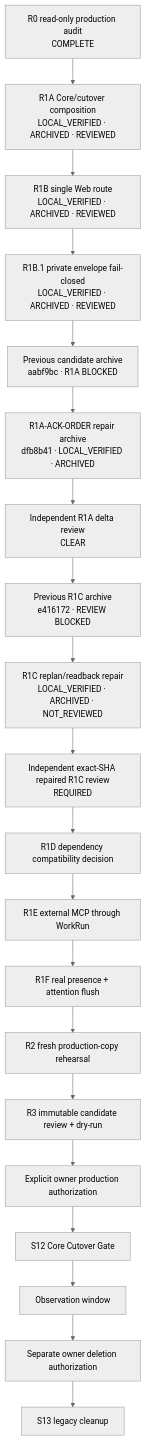
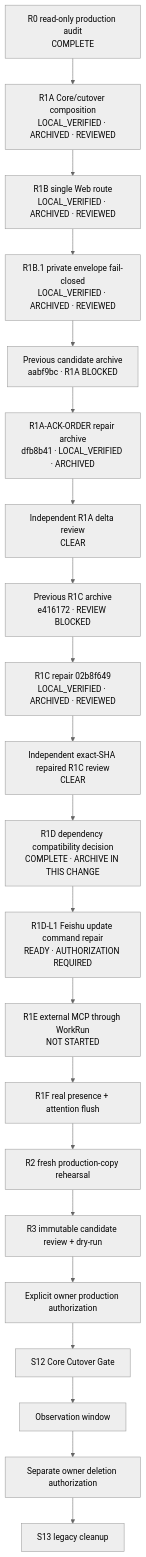
One commit to F-crystal/ran-agent changed the diagram in docs/governance/s12-readiness-topology.md. Above: the diagram before and after it, drawn with Mermaid (neutral theme). The commit also changed other lines of this file and 5 other files, not shown here.

````diff
--- a/docs/governance/s12-readiness-topology.md
+++ b/docs/governance/s12-readiness-topology.md
@@ -39,22 +39,23 @@
 ```mermaid
 flowchart TD
     R0["R0 read-only production audit<br/>COMPLETE"] --> R1A["R1A Core/cutover composition<br/>LOCAL_VERIFIED · ARCHIVED · REVIEWED"]
     R1A --> R1B["R1B single Web route<br/>LOCAL_VERIFIED · ARCHIVED · REVIEWED"]
     R1B --> R1B1["R1B.1 private envelope fail-closed<br/>LOCAL_VERIFIED · ARCHIVED · REVIEWED"]
     R1B1 --> RA["Previous candidate archive<br/>aabf9bc · R1A BLOCKED"]
     RA --> RF["R1A-ACK-ORDER repair archive<br/>dfb8b41 · LOCAL_VERIFIED · ARCHIVED"]
     RF --> RI["Independent R1A delta review<br/>CLEAR"]
     RI --> R1C0["Previous R1C archive<br/>e416172 · REVIEW BLOCKED"]
-    R1C0 --> R1C["R1C replan/readback repair<br/>LOCAL_VERIFIED · ARCHIVED · NOT_REVIEWED"]
-    R1C --> RC["Independent exact-SHA repaired R1C review<br/>REQUIRED"]
-    RC --> R1D["R1D dependency compatibility decision"]
-    R1D --> R1E["R1E external MCP through WorkRun"]
+    R1C0 --> R1C["R1C repair 02b8f649<br/>LOCAL_VERIFIED · ARCHIVED · REVIEWED"]
+    R1C --> RC["Independent exact-SHA repaired R1C review<br/>CLEAR"]
+    RC --> R1D["R1D dependency compatibility decision<br/>COMPLETE · ARCHIVE IN THIS CHANGE"]
+    R1D --> R1DL1["R1D-L1 Feishu update command repair<br/>READY · AUTHORIZATION REQUIRED"]
+    R1DL1 --> R1E["R1E external MCP through WorkRun<br/>NOT STARTED"]
     R1E --> R1F["R1F real presence + attention flush"]
     R1F --> R2["R2 fresh production-copy rehearsal"]
     R2 --> R3["R3 immutable candidate review + dry-run"]
     R3 --> OA["Explicit owner production authorization"]
     OA --> S12["S12 Core Cutover Gate"]
     S12 --> OBS["Observation window"]
     OBS --> DA["Separate owner deletion authorization"]
     DA --> S13["S13 legacy cleanup"]
 ```
````
